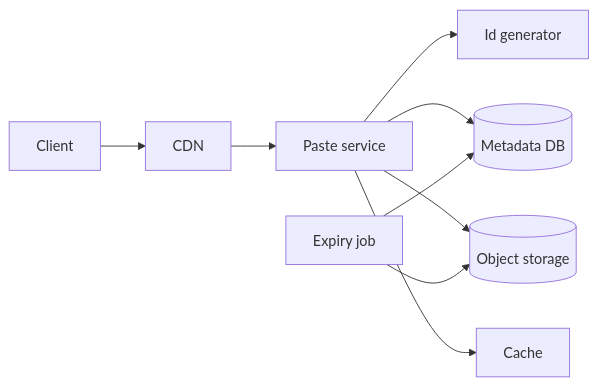
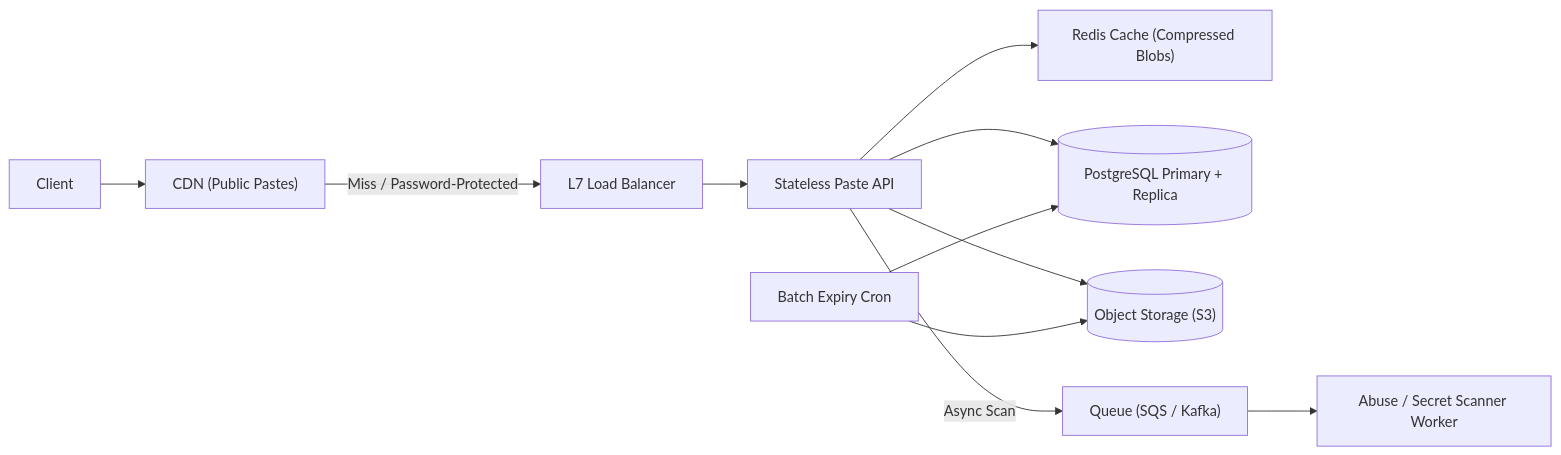
The second of 5 diagrams in content/system-design/22-interview-design-problems/03-pastebin/README.md (TapanKumarBarik/Backend-roadmap), drawn with Mermaid before and after one commit. The commit also changed other lines of this file and 37 other files, not shown here.

Commit message:
Upgrade Track 22 (37 interview design problems) with scale-by-scale architecture evolution

````diff
--- a/content/system-design/22-interview-design-problems/03-pastebin/README.md
+++ b/content/system-design/22-interview-design-problems/03-pastebin/README.md
@@ -106,11 +171,13 @@
 ```mermaid
 flowchart LR
-  U["Client"] --> CDN["CDN"]
-  CDN --> API["Paste service"]
-  API --> IDG["Id generator"]
-  API --> M[("Metadata DB")]
-  API --> O[("Object storage")]
-  API --> C["Cache"]
-  X["Expiry job"] --> M
-  X --> O
+  C["Client"] --> CDN["CDN (Public Pastes)"]
+  CDN -- "Miss / Password-Protected" --> LB["L7 Load Balancer"]
+  LB --> API["Stateless Paste API"]
+  API --> REDIS["Redis Cache (Compressed Blobs)"]
+  API --> PG[("PostgreSQL Primary + Replica")]
+  API --> S3[("Object Storage (S3)")]
+  API -- "Async Scan" --> Q["Queue (SQS / Kafka)"]
+  Q --> SCAN["Abuse / Secret Scanner Worker"]
+  EXP["Batch Expiry Cron"] --> PG
+  EXP --> S3
 ```
````
